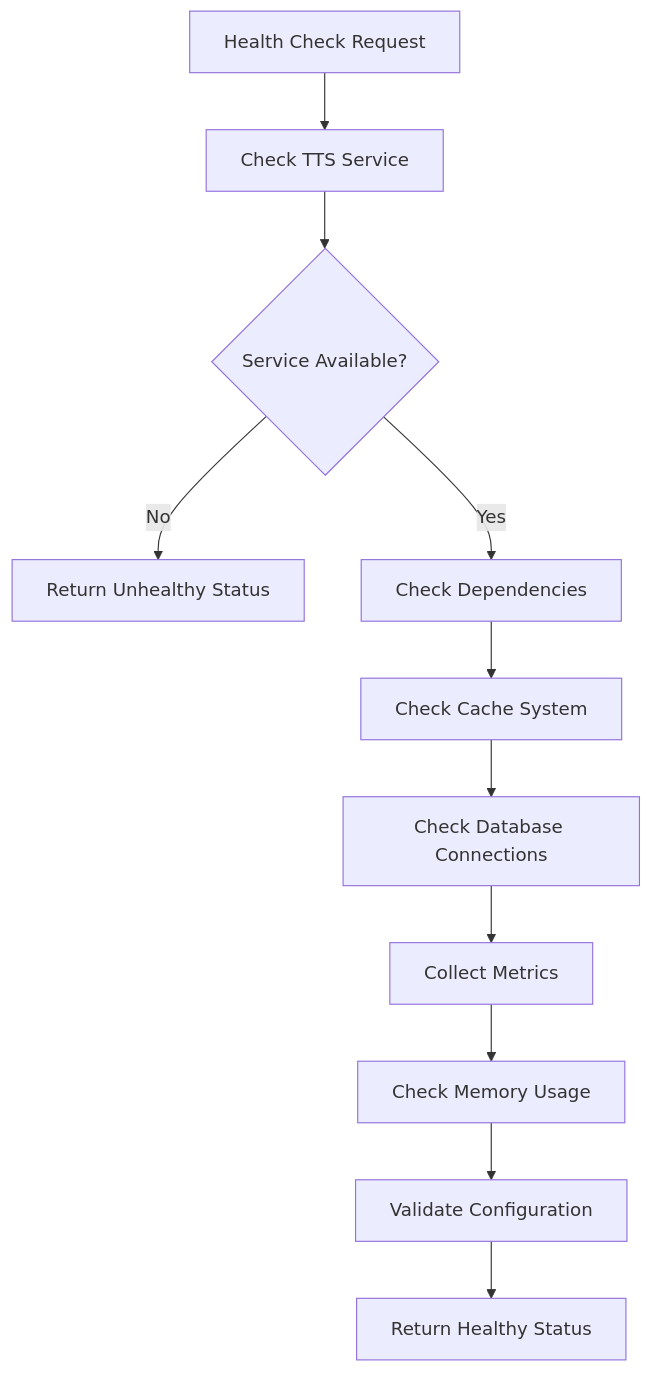
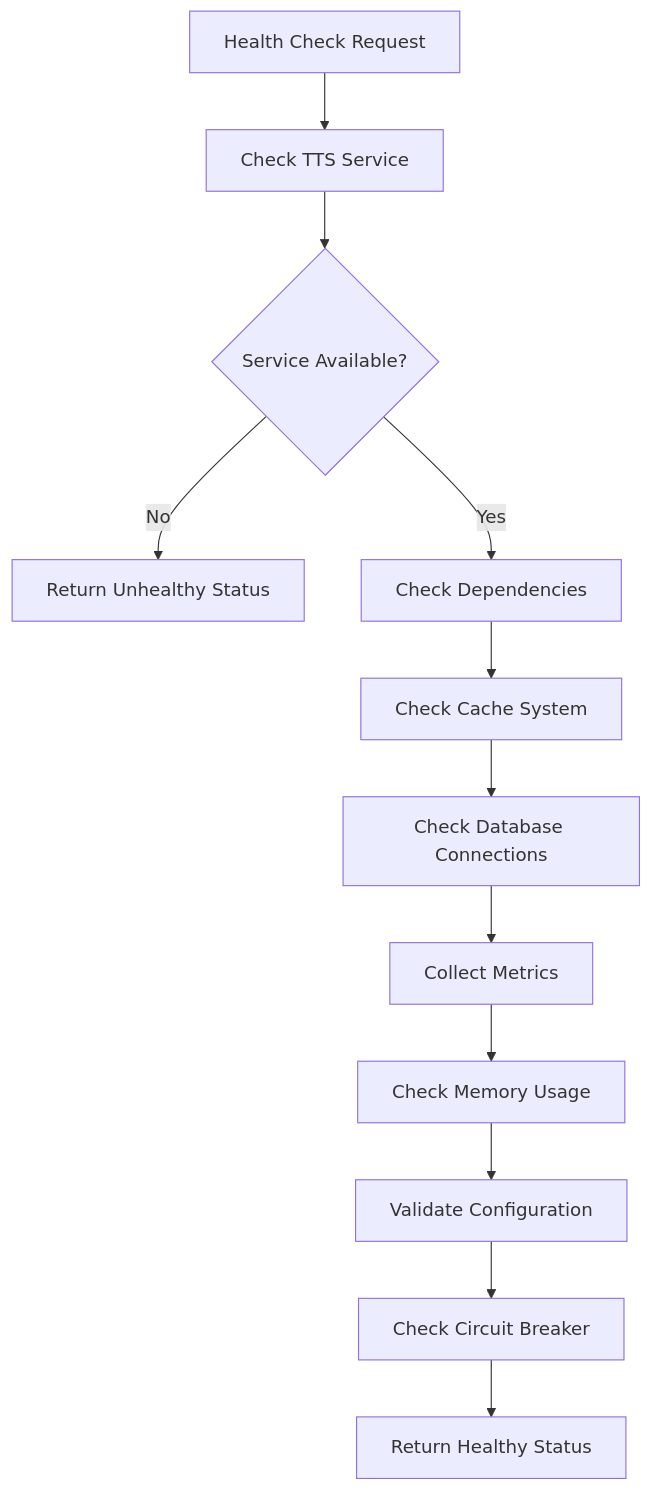
One commit to zmyeo54/briefroom changed the fourth of 4 diagrams in .qoder/repowiki/en/content/Core Features/Text-to-Speech Integration.md. Above: the diagram before and after it, drawn with Mermaid. The commit also changed other lines of this file and 41 other files, not shown here.

First line of the commit message:
docs(core-features): add detailed documentation for Mindmap Visualization and Onboarding Tour System

````diff
--- a/.qoder/repowiki/en/content/Core Features/Text-to-Speech Integration.md
+++ b/.qoder/repowiki/en/content/Core Features/Text-to-Speech Integration.md
@@ -556,13 +599,14 @@
 ```mermaid
 flowchart TD
 A[Health Check Request] --> B[Check TTS Service]
 B --> C{Service Available?}
 C --> |No| E[Return Unhealthy Status]
 C --> |Yes| D[Check Dependencies]
 D --> F[Check Cache System]
 F --> G[Check Database Connections]
 G --> H[Collect Metrics]
 H --> I[Check Memory Usage]
 I --> J[Validate Configuration]
-J --> K[Return Healthy Status]
+J --> K[Check Circuit Breaker]
+K --> L[Return Healthy Status]
 ```
````
